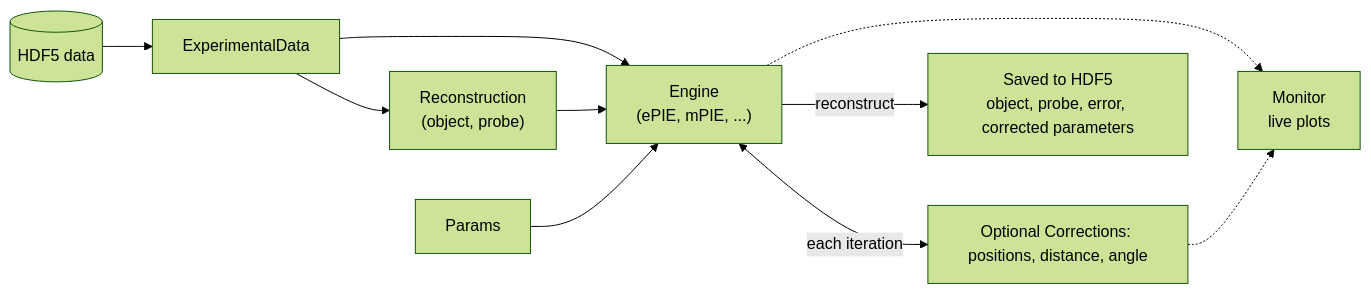
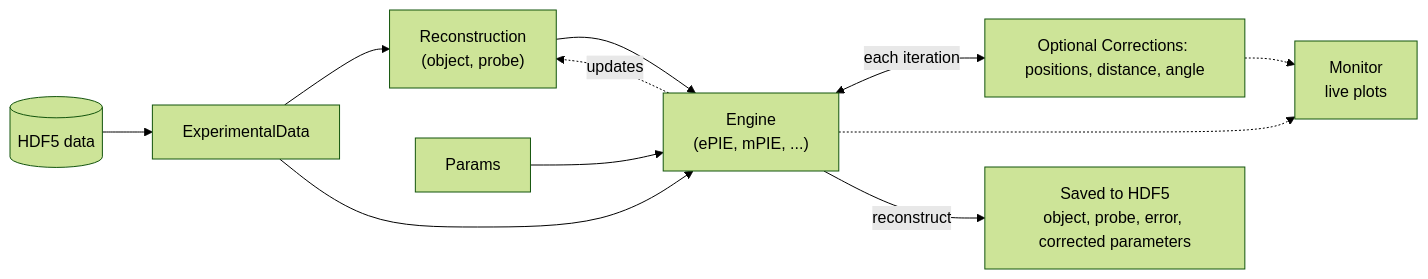
One commit to PtyLab/PtyLab.py changed the diagram in README.md. Above: the diagram before and after it, drawn with Mermaid (forest theme). The commit also changed other lines of this file, not shown here.

````diff
--- a/README.md
+++ b/README.md
@@ -25,10 +26,11 @@
 ```mermaid
 flowchart LR
     file[(HDF5 data)] --> exp[ExperimentalData]
     exp --> recon["Reconstruction<br/>(object, probe)"]
     exp & recon & params[Params] --> engine["Engine<br/>(ePIE, mPIE, ...)"]
+    engine -.->|updates| recon
     engine <-->|each iteration| corr["Optional Corrections: positions, distance, angle"]
     engine -.-> mon[Monitor<br/>live plots]
     corr -.-> mon
     engine -->|reconstruct| out["Saved to HDF5<br/>object, probe, error, corrected parameters"]
 ```
````
